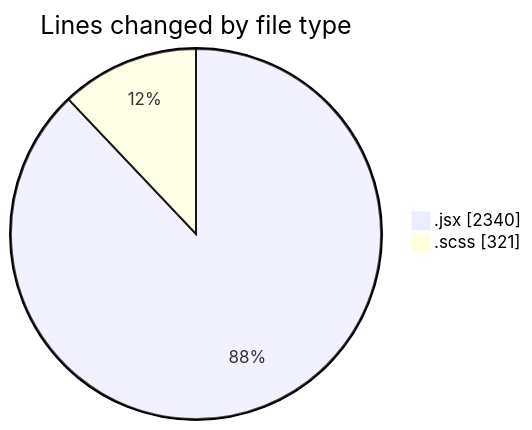
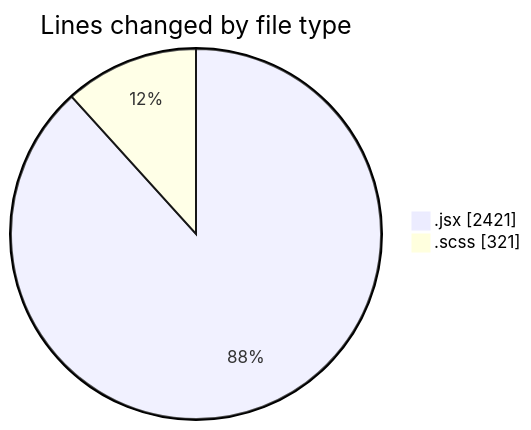
One commit to momahboobian/code-tracking changed the first of 2 diagrams in 2026-09-02/cda/README.md. Above: the diagram before and after it, drawn with Mermaid. The commit also changed other lines of this file and 1 other file, not shown here.

````diff
--- a/2026-09-02/cda/README.md
+++ b/2026-09-02/cda/README.md
@@ -29,6 +29,6 @@
 ```mermaid
 pie showData
 title Lines changed by file type
-".jsx" : 2340
+".jsx" : 2421
 ".scss" : 321
 ```
````
